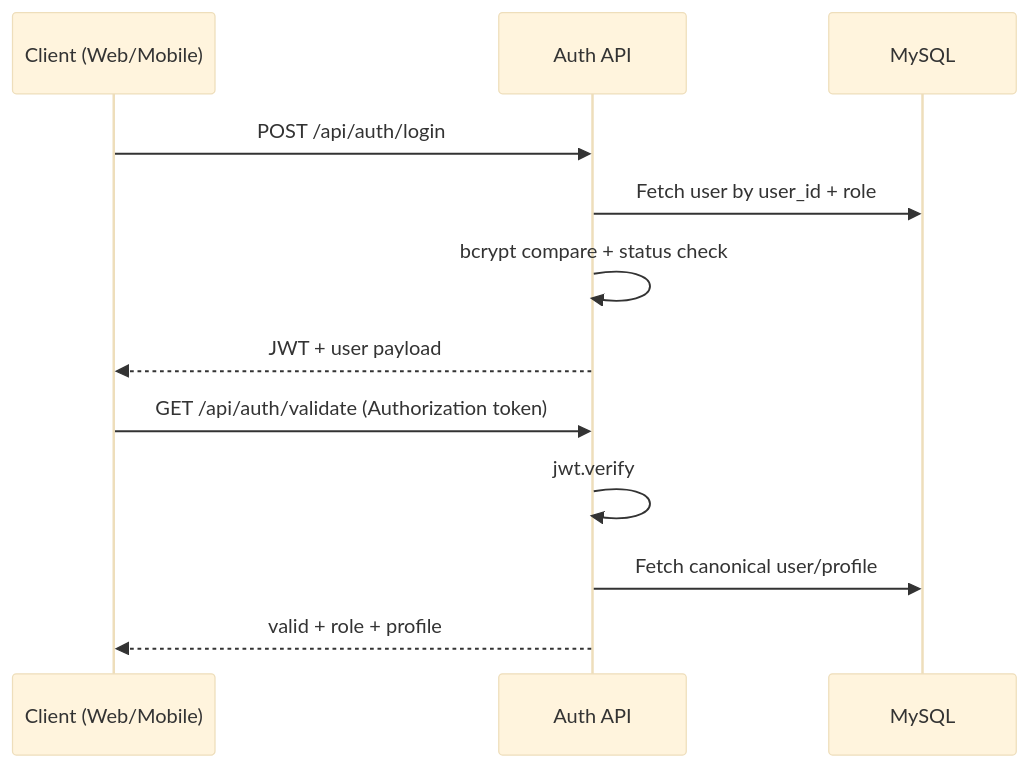
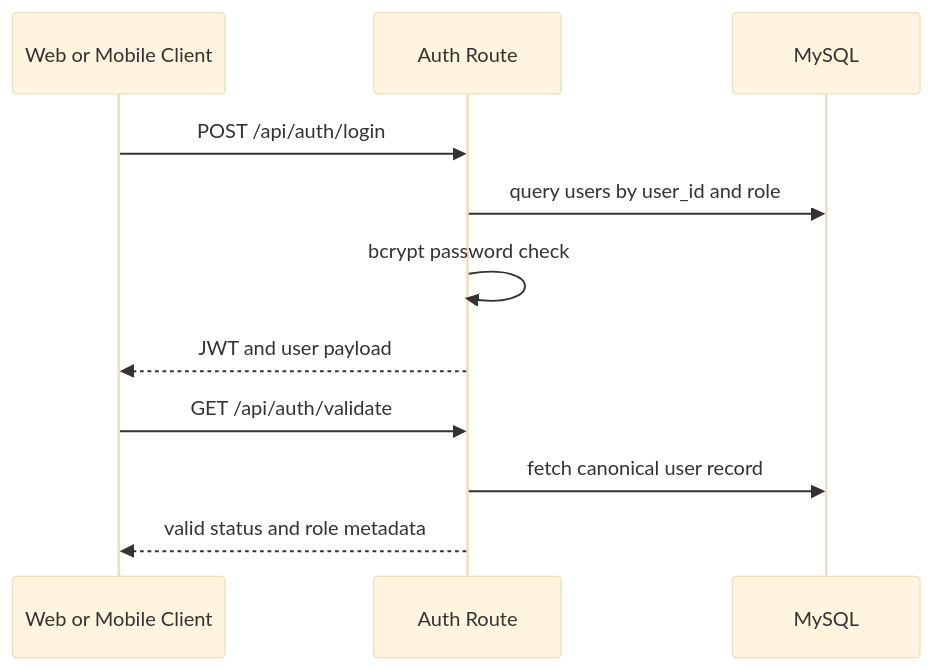
The fifth of 10 diagrams in architecture.md (ramalokeshreddyp/code_to_win), drawn with Mermaid (base theme) before and after one commit. The commit also changed other lines of this file and 35 other files, not shown here.

````diff
--- a/architecture.md
+++ b/architecture.md
@@ -116,16 +114,14 @@
 ```mermaid
 sequenceDiagram
-  participant C as Client (Web/Mobile)
-  participant API as Auth API
+  participant Client as Web or Mobile Client
+  participant Auth as Auth Route
   participant DB as MySQL
 
-  C->>API: POST /api/auth/login
-  API->>DB: Fetch user by user_id + role
-  API->>API: bcrypt compare + status check
-  API-->>C: JWT + user payload
-
-  C->>API: GET /api/auth/validate (Authorization token)
-  API->>API: jwt.verify
-  API->>DB: Fetch canonical user/profile
-  API-->>C: valid + role + profile
+  Client->>Auth: POST /api/auth/login
+  Auth->>DB: query users by user_id and role
+  Auth->>Auth: bcrypt password check
+  Auth-->>Client: JWT and user payload
+  Client->>Auth: GET /api/auth/validate
+  Auth->>DB: fetch canonical user record
+  Auth-->>Client: valid status and role metadata
 ```
````
